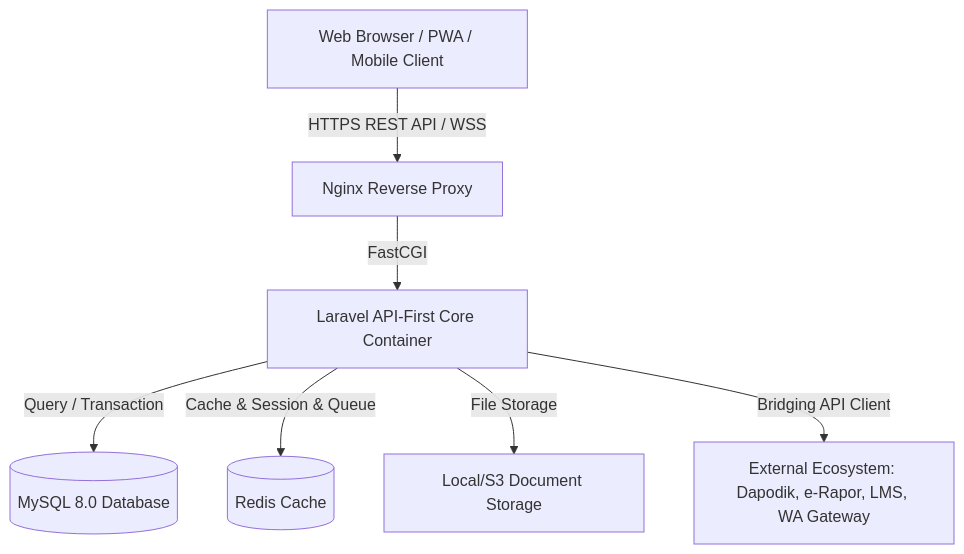
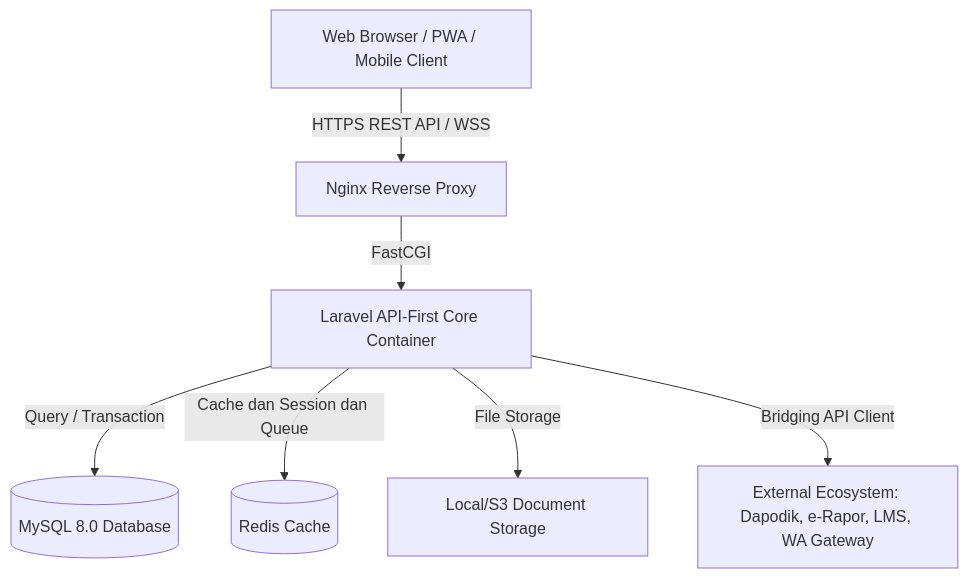
One commit to gh4ni404/infora_project changed the first of 2 diagrams in detail/DESIGN.md. Above: the diagram before and after it, drawn with Mermaid. The commit also changed other lines of this file and 91 other files, not shown here.

````diff
--- a/detail/DESIGN.md
+++ b/detail/DESIGN.md
@@ -85,9 +92,9 @@
 ```mermaid
 graph TD
     Client[Web Browser / PWA / Mobile Client] -->|HTTPS REST API / WSS| Nginx[Nginx Reverse Proxy]
     Nginx -->|FastCGI| App[Laravel API-First Core Container]
     App -->|Query / Transaction| DB[(MySQL 8.0 Database)]
-    App -->|Cache & Session & Queue| Redis[(Redis Cache)]
+    App -->|Cache dan Session dan Queue| Redis[(Redis Cache)]
     App -->|File Storage| Storage[Local/S3 Document Storage]
     App -->|Bridging API Client| External[External Ecosystem: Dapodik, e-Rapor, LMS, WA Gateway]
 ```
````
